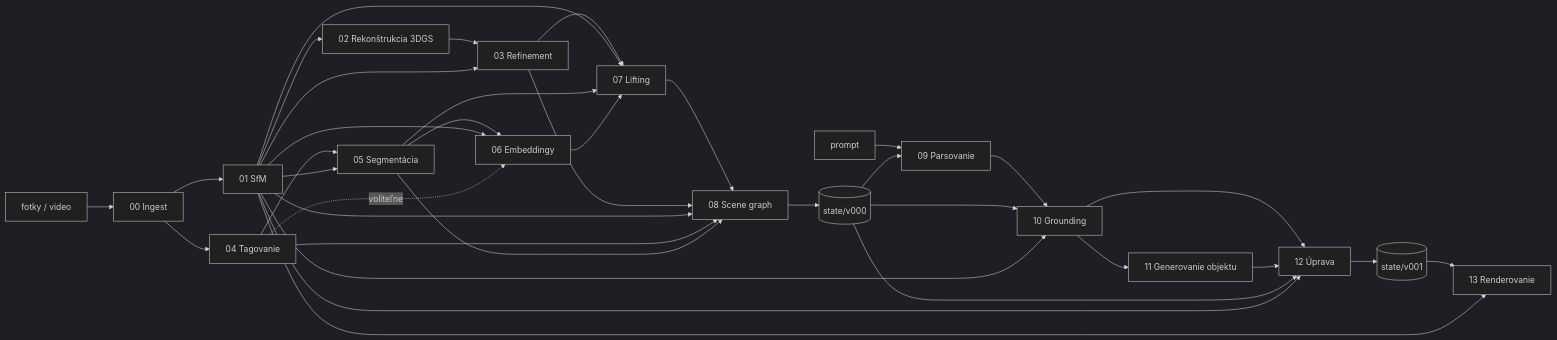
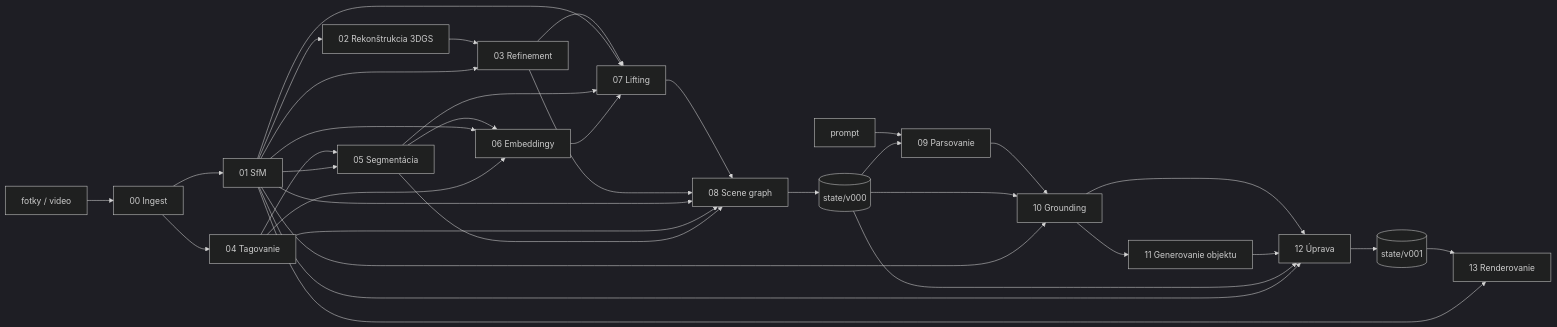
The diagram in phases/README.md (hajkovsky3/3D_scene_gen_and_edit), drawn with Mermaid (dark theme) before and after one commit. The commit also changed 3 other files, not shown here.

````diff
--- a/phases/README.md
+++ b/phases/README.md
@@ -35,38 +35,38 @@
 ```mermaid
 flowchart LR
     IN[fotky / video] --> P00[00 Ingest]
     P00 --> P01[01 SfM]
     P00 --> P04[04 Tagovanie]
     P01 --> P02[02 Rekonštrukcia 3DGS]
     P02 --> P03[03 Refinement]
     P01 --> P03
     P04 --> P05[05 Segmentácia]
     P01 --> P05
     P05 --> P06[06 Embeddingy]
     P01 --> P06
-    P04 -.voliteľne.-> P06
+    P04 --> P06
     P03 --> P07[07 Lifting]
     P01 --> P07
     P05 --> P07
     P06 --> P07
     P07 --> P08[08 Scene graph]
     P03 --> P08
     P01 --> P08
     P04 --> P08
     P05 --> P08
     P08 --> S0[(state/v000)]
 
     PR[prompt] --> P09[09 Parsovanie]
     S0 --> P09
     P09 --> P10[10 Grounding]
     S0 --> P10
     P01 --> P10
     P10 --> P11[11 Generovanie objektu]
     P10 --> P12[12 Úprava]
     P11 --> P12
     S0 --> P12
     P01 --> P12
     P12 --> S1[(state/v001)]
     S1 --> P13[13 Renderovanie]
     P01 --> P13
 ```
````
